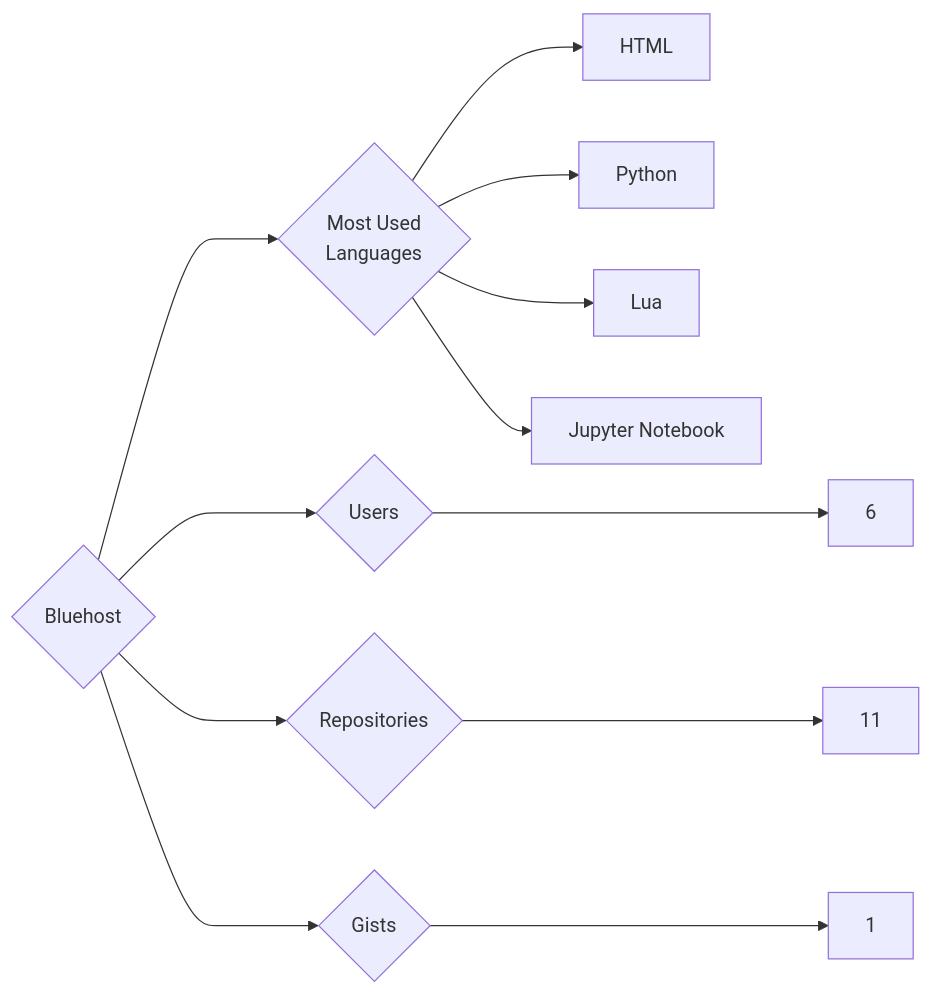
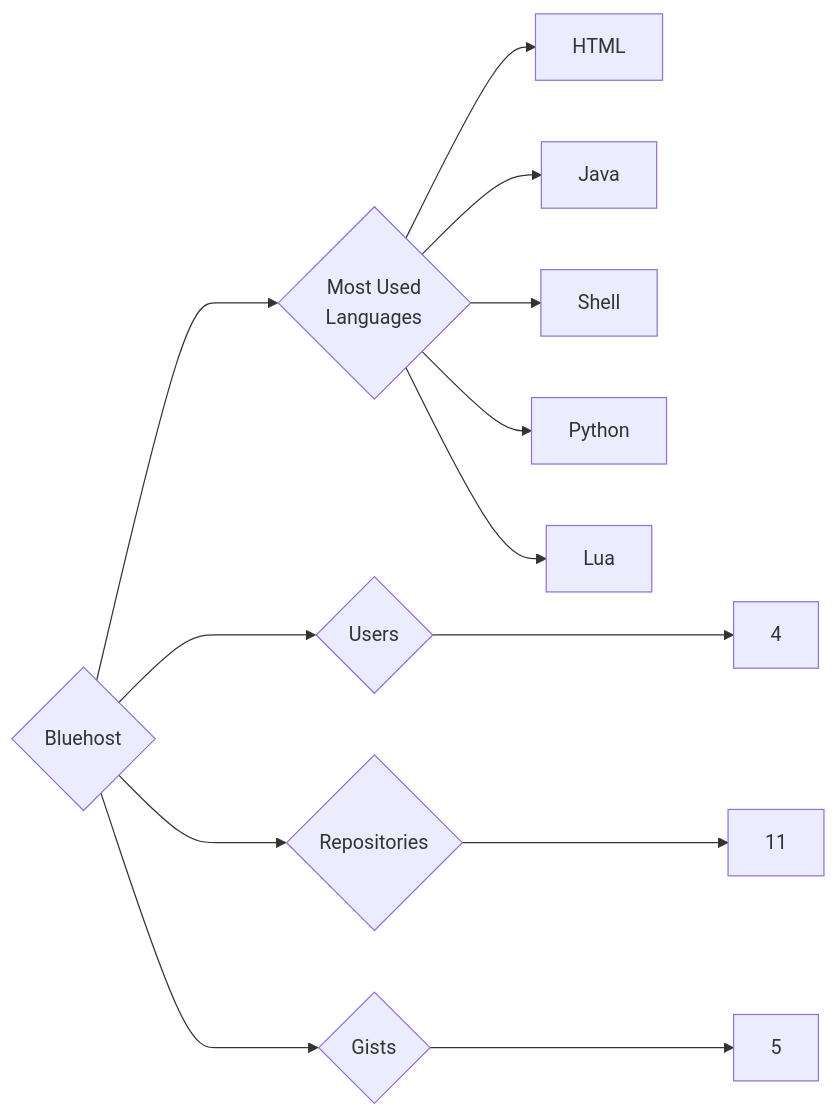
One commit to trickest/insiders changed the diagram in targets/Bluehost/README.md. Above: the diagram before and after it, drawn with Mermaid. The commit also changed 815 other files, not shown here.

````diff
--- a/targets/Bluehost/README.md
+++ b/targets/Bluehost/README.md
@@ -3,12 +3,13 @@
 ```mermaid
 graph LR
 COMPANY_NAME{Bluehost}
-COMPANY_NAME ---> U{Users} ---> UN[6]
+COMPANY_NAME ---> U{Users} ---> UN[4]
 COMPANY_NAME ---> R{Repositories} ---> RN[11]
-COMPANY_NAME ---> G{Gists} ---> GN[1]
+COMPANY_NAME ---> G{Gists} ---> GN[5]
 COMPANY_NAME ---> ML{Most Used<br>Languages}
 ML --> HTML[HTML]
+ML --> Java[Java]
+ML --> Shell[Shell]
 ML --> Python[Python]
 ML --> Lua[Lua]
-ML --> Jupyter_Notebook[Jupyter Notebook]
 ```
````
